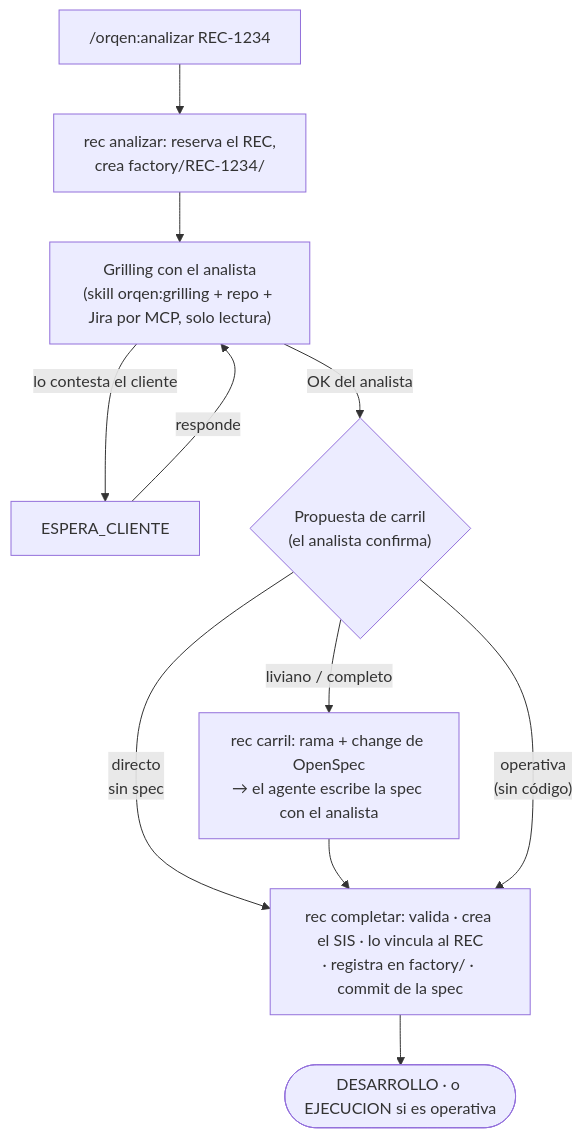
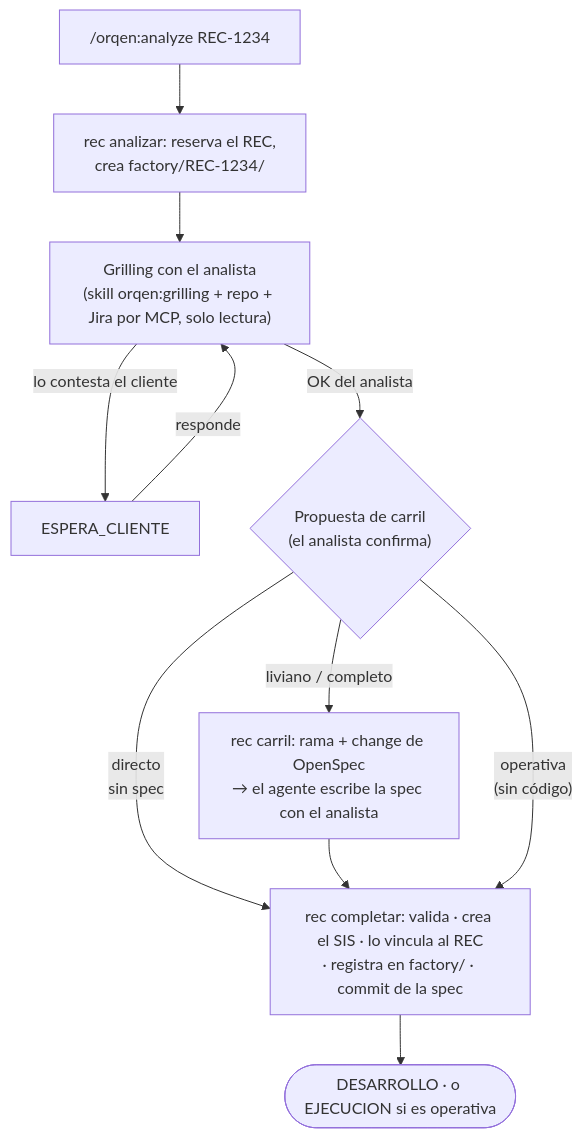
The first of 3 diagrams in README.md (sistemas-telpin/orqen), drawn with Mermaid before and after one commit. The commit also changed other lines of this file and 11 other files, not shown here.

````diff
--- a/README.md
+++ b/README.md
@@ -22,11 +22,11 @@
 ```mermaid
 flowchart TD
-    A["/orqen:analizar REC-1234"] --> B["rec analizar: reserva el REC,<br/>crea factory/REC-1234/"]
+    A["/orqen:analyze REC-1234"] --> B["rec analizar: reserva el REC,<br/>crea factory/REC-1234/"]
     B --> C["Grilling con el analista<br/>(skill orqen:grilling + repo + Jira por MCP, solo lectura)"]
     C -->|"lo contesta el cliente"| W["ESPERA_CLIENTE"] -->|"responde"| C
     C -->|"OK del analista"| D{"Propuesta de carril<br/>(el analista confirma)"}
     D -->|"directo<br/>sin spec"| G
     D -->|"liviano / completo"| E["rec carril: rama + change de OpenSpec<br/>→ el agente escribe la spec con el analista"] --> G
     D -->|"operativa<br/>(sin código)"| G
     G["rec completar: valida · crea el SIS · lo vincula al REC<br/>· registra en factory/ · commit de la spec"] --> H(["DESARROLLO · o EJECUCION si es operativa"])
 ```
````
